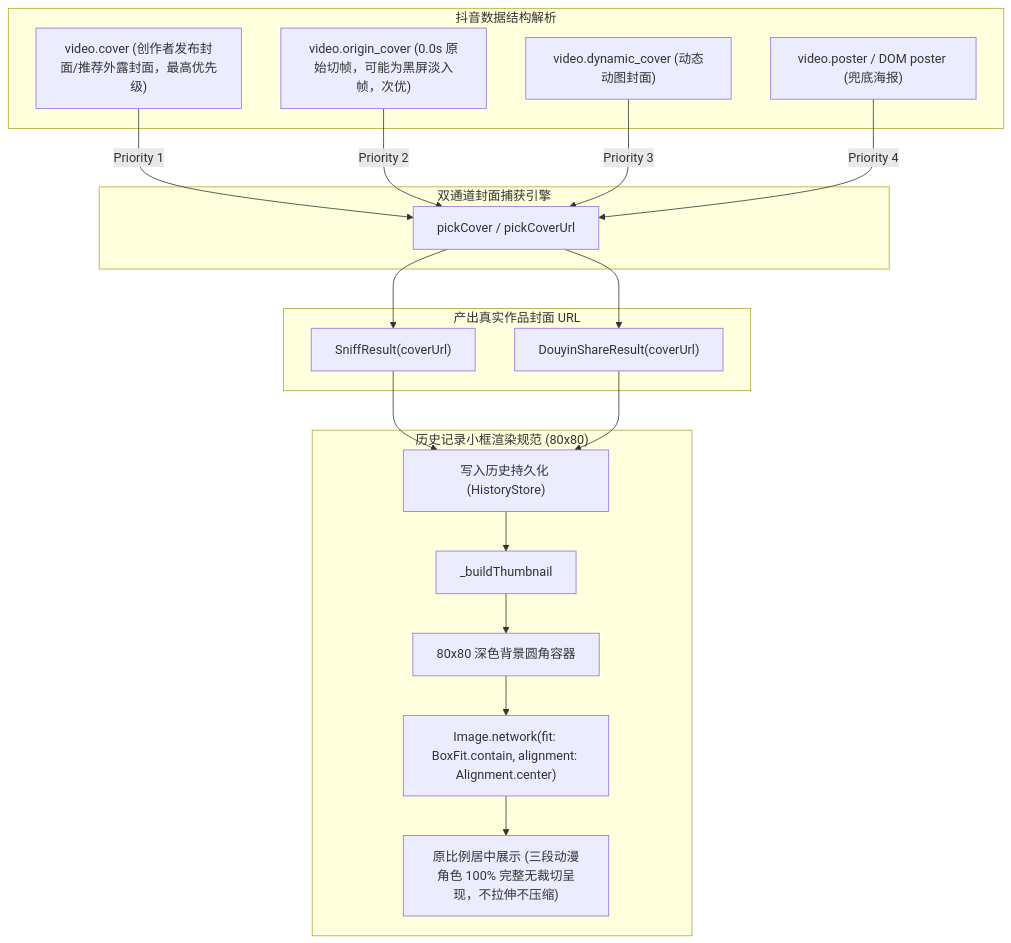
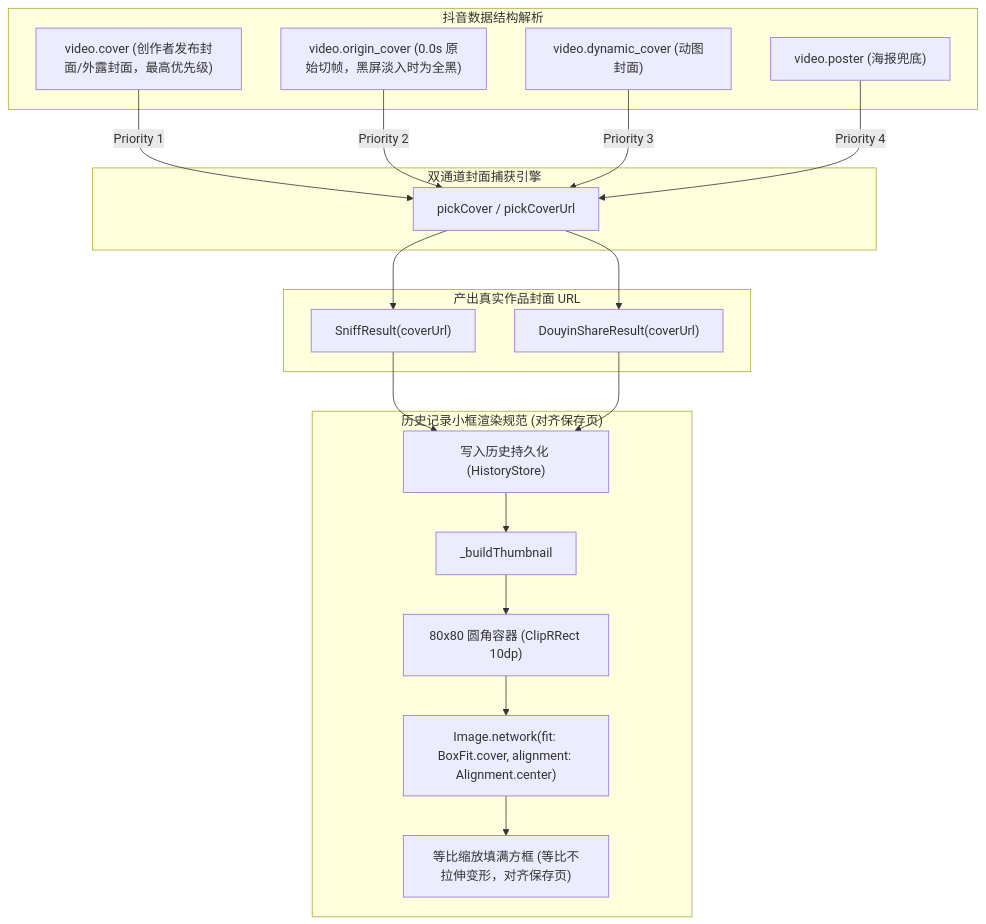
Before and after one commit to LinXruan/YuYin: the diagram in PLAN/PLAN_41~50/PLAN_44.md, drawn with Mermaid. The commit also changed other lines of this file and 6 other files, not shown here.

````diff
--- a/PLAN/PLAN_41~50/PLAN_44.md
+++ b/PLAN/PLAN_41~50/PLAN_44.md
@@ -31,30 +30,30 @@
 ```mermaid
 flowchart TD
     subgraph DouyinData["抖音数据结构解析"]
-        CV["video.cover (创作者发布封面/推荐外露封面，最高优先级)"]
-        OC["video.origin_cover (0.0s 原始切帧，可能为黑屏淡入帧，次优)"]
-        DC["video.dynamic_cover (动态动图封面)"]
-        PT["video.poster / DOM poster (兜底海报)"]
+        CV["video.cover (创作者发布封面/外露封面，最高优先级)"]
+        OC["video.origin_cover (0.0s 原始切帧，黑屏淡入时为全黑)"]
+        DC["video.dynamic_cover (动图封面)"]
+        PT["video.poster (海报兜底)"]
     end
 
     subgraph ExtractEngine["双通道封面捕获引擎"]
         CV -->|Priority 1| Extractor["pickCover / pickCoverUrl"]
         OC -->|Priority 2| Extractor
         DC -->|Priority 3| Extractor
         PT -->|Priority 4| Extractor
     end
 
     subgraph ChannelOutput["产出真实作品封面 URL"]
         Extractor --> Sniff["SniffResult(coverUrl)"]
         Extractor --> Share["DouyinShareResult(coverUrl)"]
     end
 
-    subgraph ThumbnailDisplay["历史记录小框渲染规范 (80x80)"]
+    subgraph ThumbnailDisplay["历史记录小框渲染规范 (对齐保存页)"]
         Sniff --> HistoryItem["写入历史持久化 (HistoryStore)"]
         Share --> HistoryItem
         HistoryItem --> Thumb["_buildThumbnail"]
-        Thumb --> Box["80x80 深色背景圆角容器"]
-        Box --> Contain["Image.network(fit: BoxFit.contain, alignment: Alignment.center)"]
-        Contain --> Result["原比例居中展示 (三段动漫角色 100% 完整无裁切呈现，不拉伸不压缩)"]
+        Thumb --> Box["80x80 圆角容器 (ClipRRect 10dp)"]
+        Box --> Cover["Image.network(fit: BoxFit.cover, alignment: Alignment.center)"]
+        Cover --> Result["等比缩放填满方框 (等比不拉伸变形，对齐保存页)"]
     end
 ```
````
